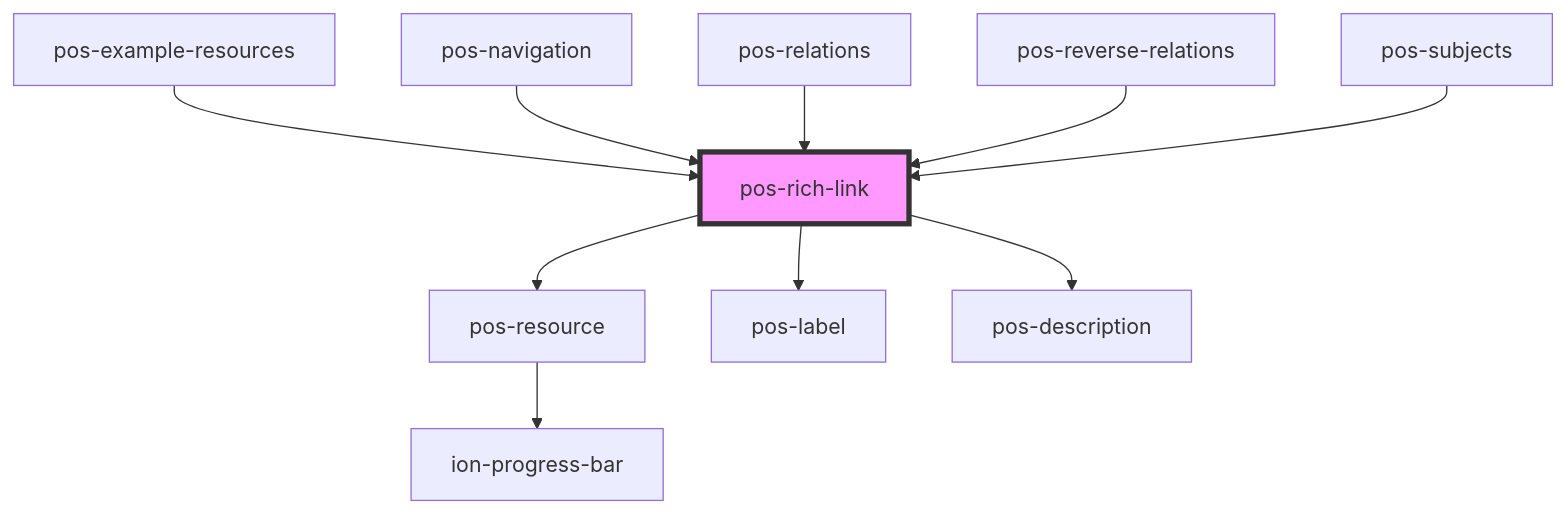
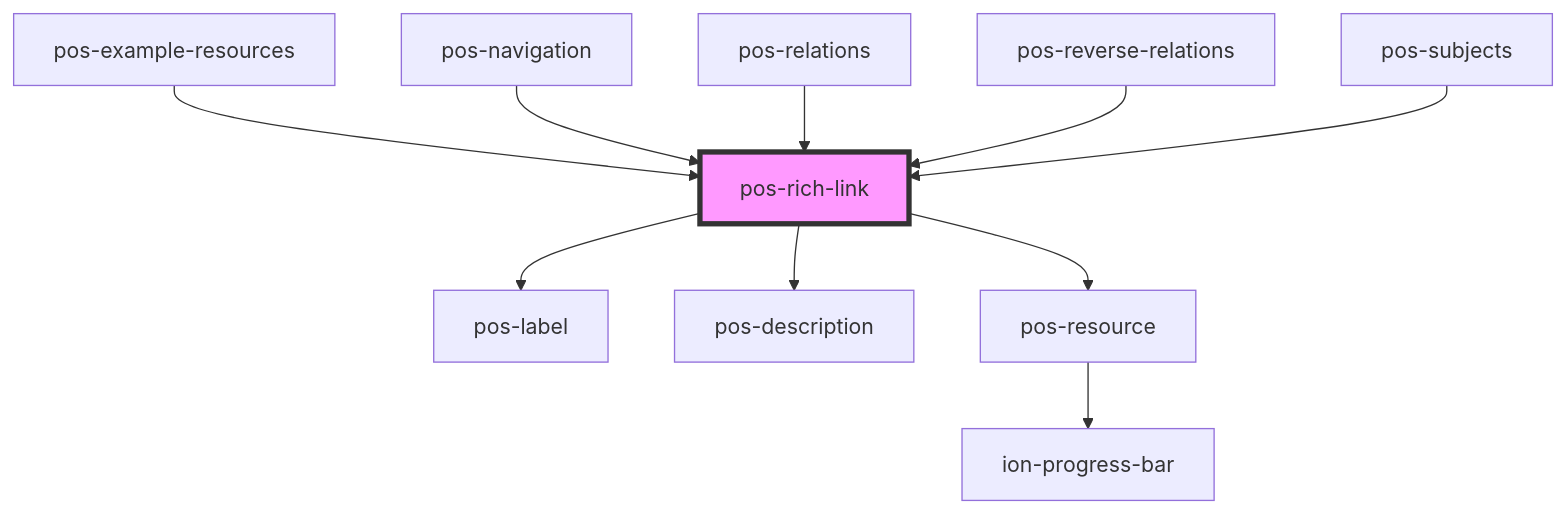
The diagram in docs/elements/components/pos-rich-link/readme.md (pod-os/PodOS), drawn with Mermaid before and after one commit. The commit also changed other lines of this file and 12 other files, not shown here.

Commit message:
doc(elements): update generated readmes with pos-rich-link

````diff
--- a/docs/elements/components/pos-rich-link/readme.md
+++ b/docs/elements/components/pos-rich-link/readme.md
@@ -39,13 +42,13 @@
 ```mermaid
 graph TD;
-  pos-rich-link --> pos-resource
   pos-rich-link --> pos-label
   pos-rich-link --> pos-description
+  pos-rich-link --> pos-resource
   pos-resource --> ion-progress-bar
   pos-example-resources --> pos-rich-link
   pos-navigation --> pos-rich-link
   pos-relations --> pos-rich-link
   pos-reverse-relations --> pos-rich-link
   pos-subjects --> pos-rich-link
   style pos-rich-link fill:#f9f,stroke:#333,stroke-width:4px
 ```
````
